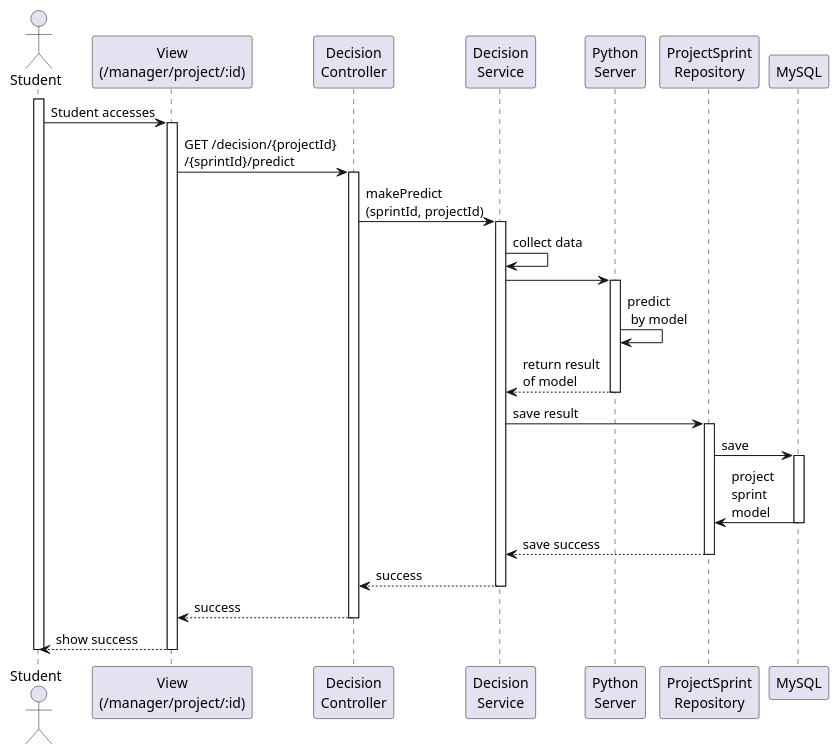
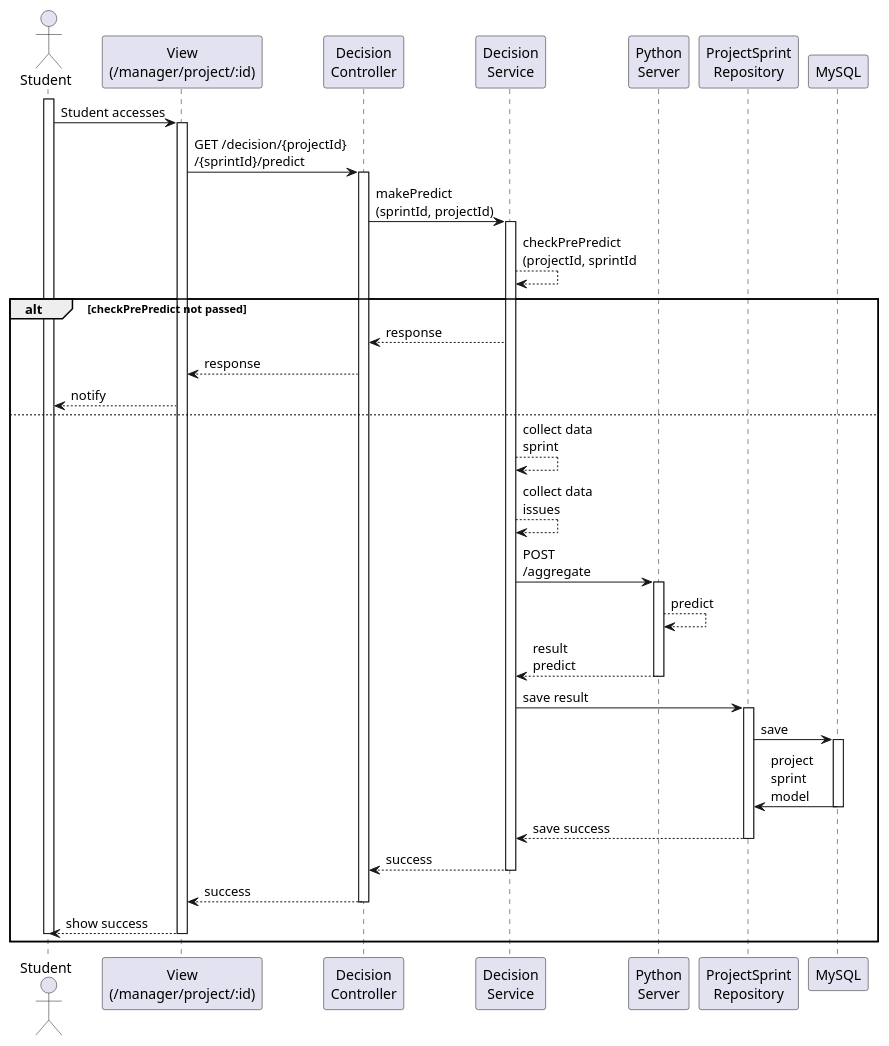
One commit to tandang2003/KLTN-Agile-Scrum-Tuan-Duc changed the diagram in swagger/sequence/student/sprint_predict.puml. Above: the diagram before and after it, drawn with PlantUML. The commit also changed 16 other files, not shown here.

Commit message:
fix: model ai and data

```diff
--- a/swagger/sequence/student/sprint_predict.puml
+++ b/swagger/sequence/student/sprint_predict.puml
@@ -1,39 +1,47 @@
 @startuml
 actor "Student" as SV
 participant "View\n(/manager/project/:id)" as View
 participant "Decision\nController" as Controller
 participant "Decision\nService" as Service
 participant "Python\nServer" as Python
 participant "ProjectSprint\nRepository" as Repo
 participant "MySQL" as MySQL
 
 activate SV
 SV -> View : Student accesses
 activate View
 View -> Controller: GET /decision/{projectId}\n/{sprintId}/predict
 activate Controller
 Controller -> Service: makePredict\n(sprintId, projectId)
 activate Service
-Service -> Service: collect data
-Service -> Python:
-activate Python
-Python -> Python: predict \n by model
-Python --> Service: return result \nof model
-deactivate Python
-Service -> Repo: save result
-activate Repo
-Repo -> MySQL: save
-activate MySQL
-MySQL -> Repo: project \nsprint \nmodel
-deactivate MySQL
-Repo --> Service: save success
-deactivate Repo
-Service --> Controller: success
-deactivate Service
-Controller --> View: success
-deactivate Controller
-View --> SV: show success
-deactivate View
-deactivate SV
+Service --> Service: checkPrePredict\n(projectId, sprintId
 
+alt checkPrePredict not passed
+  Service --> Controller: response
+  Controller --> View: response
+  View --> SV: notify
+else
+  Service --> Service: collect data\nsprint
+  Service --> Service: collect data\nissues
+  Service -> Python: POST \n/aggregate
+  activate Python
+  Python --> Python: predict
+  Python --> Service: result \npredict
+  deactivate Python
+  Service -> Repo: save result
+  activate Repo
+  Repo -> MySQL: save
+  activate MySQL
+  MySQL -> Repo: project \nsprint \nmodel
+  deactivate MySQL
+  Repo --> Service: save success
+  deactivate Repo
+  Service --> Controller: success
+  deactivate Service
+  Controller --> View: success
+  deactivate Controller
+  View --> SV: show success
+  deactivate View
+  deactivate SV
+end
 @enduml
```
